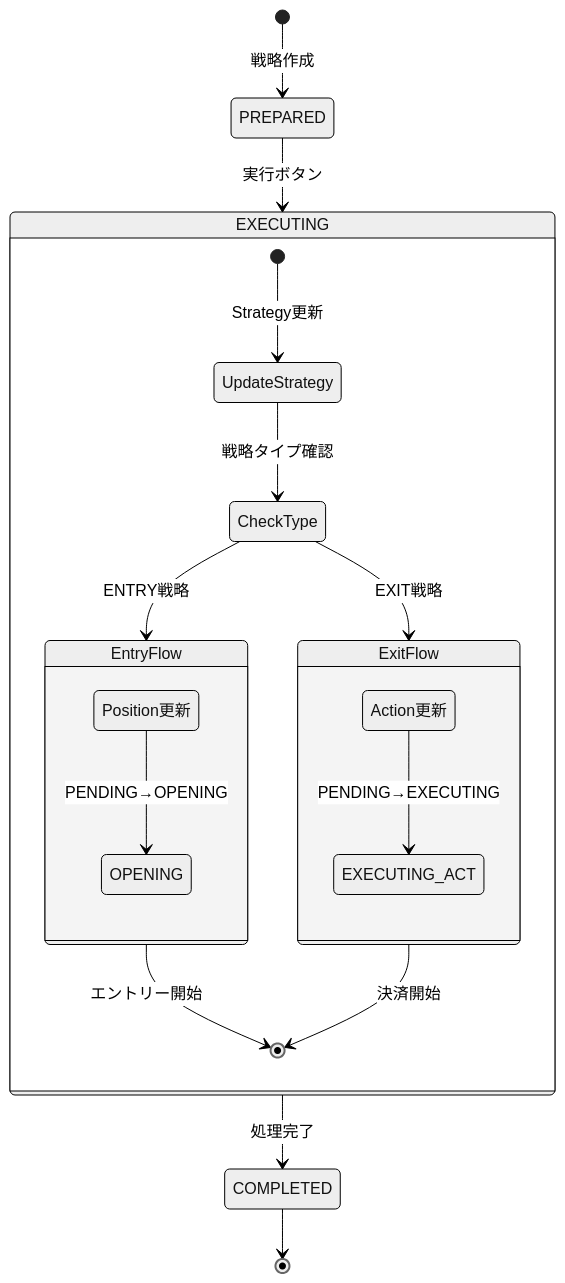
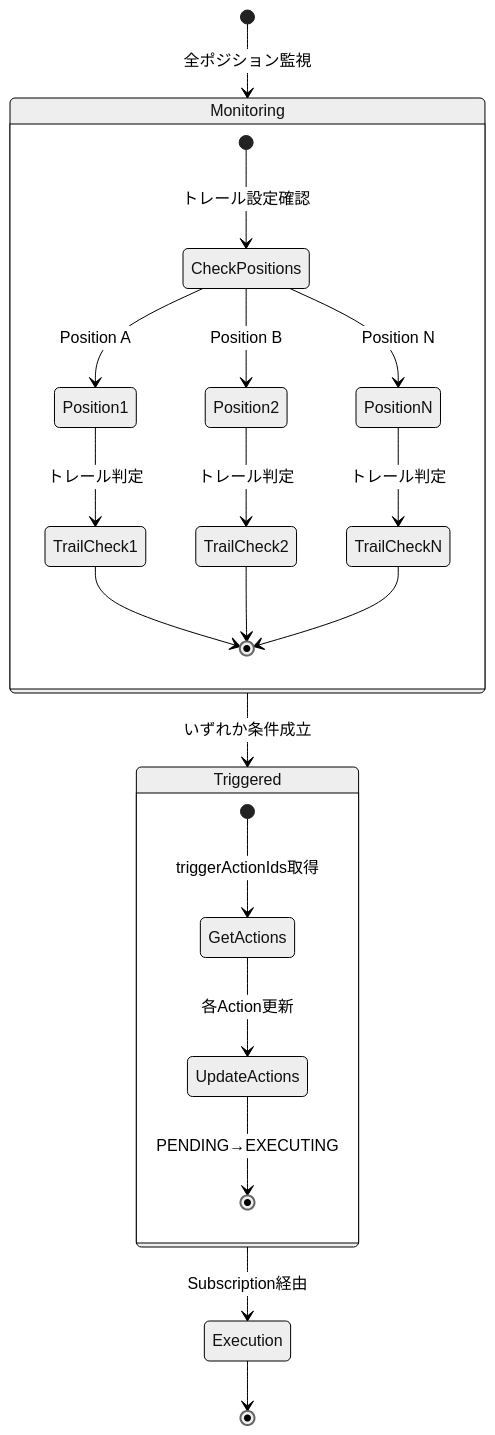
Diagram 12 of 16 in MVPシステム設計.md (rnrnstar2/ArbitrageAssistant), drawn with Mermaid (neutral theme) before and after one commit. The commit also changed other lines of this file and 111 other files, not shown here.

````diff
--- a/MVPシステム設計.md
+++ b/MVPシステム設計.md
@@ -404,29 +598,30 @@
 ```mermaid
 stateDiagram-v2
-    [*] --> PREPARED: 戦略作成
-    PREPARED --> EXECUTING: 実行ボタン
-    
-    state EXECUTING {
-        [*] --> UpdateStrategy: Strategy更新
-        UpdateStrategy --> CheckType: 戦略タイプ確認
-        
-        CheckType --> EntryFlow: ENTRY戦略
-        CheckType --> ExitFlow: EXIT戦略
-        
-        state EntryFlow {
-            UpdatePos: Position更新
-            UpdatePos --> OPENING: PENDING→OPENING
-        }
-        
-        state ExitFlow {
-            UpdateAct: Action更新
-            UpdateAct --> EXECUTING_ACT: PENDING→EXECUTING
-        }
-        
-        EntryFlow --> [*]: エントリー開始
-        ExitFlow --> [*]: 決済開始
+    [*] --> Monitoring: 全ポジション監視
+
+    state Monitoring {
+        [*] --> CheckPositions: トレール設定確認
+        CheckPositions --> Position1: Position A
+        CheckPositions --> Position2: Position B
+        CheckPositions --> PositionN: Position N
+
+        Position1 --> TrailCheck1: トレール判定
+        Position2 --> TrailCheck2: トレール判定
+        PositionN --> TrailCheckN: トレール判定
+
+        TrailCheck1 --> [*]
+        TrailCheck2 --> [*]
+        TrailCheckN --> [*]
     }
-    
-    EXECUTING --> COMPLETED: 処理完了
-    COMPLETED --> [*]
+
+    Monitoring --> Triggered: いずれか条件成立
+
+    state Triggered {
+        [*] --> GetActions: triggerActionIds取得
+        GetActions --> UpdateActions: 各Action更新
+        UpdateActions --> [*]: PENDING→EXECUTING
+    }
+
+    Triggered --> Execution: Subscription経由
+    Execution --> [*]
 ```
````
